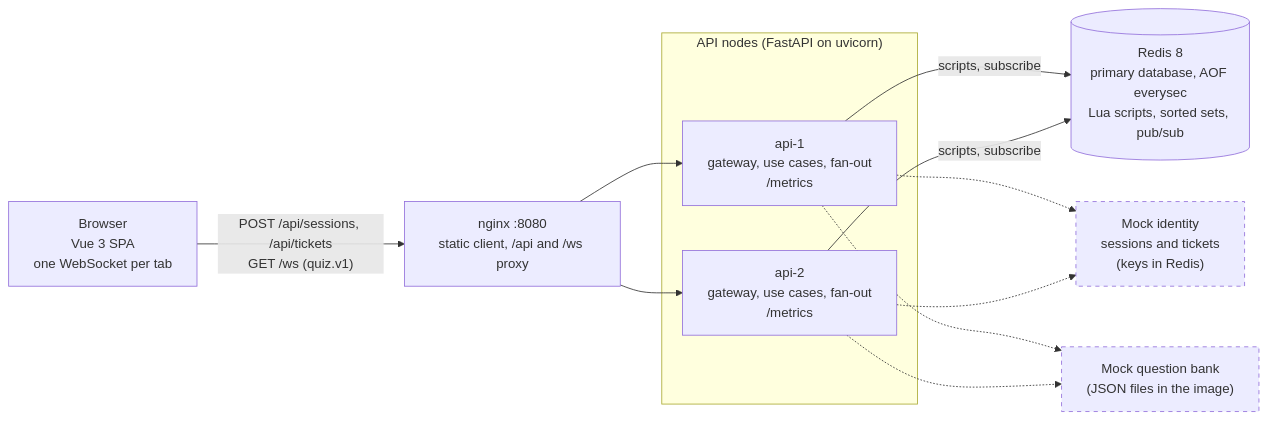
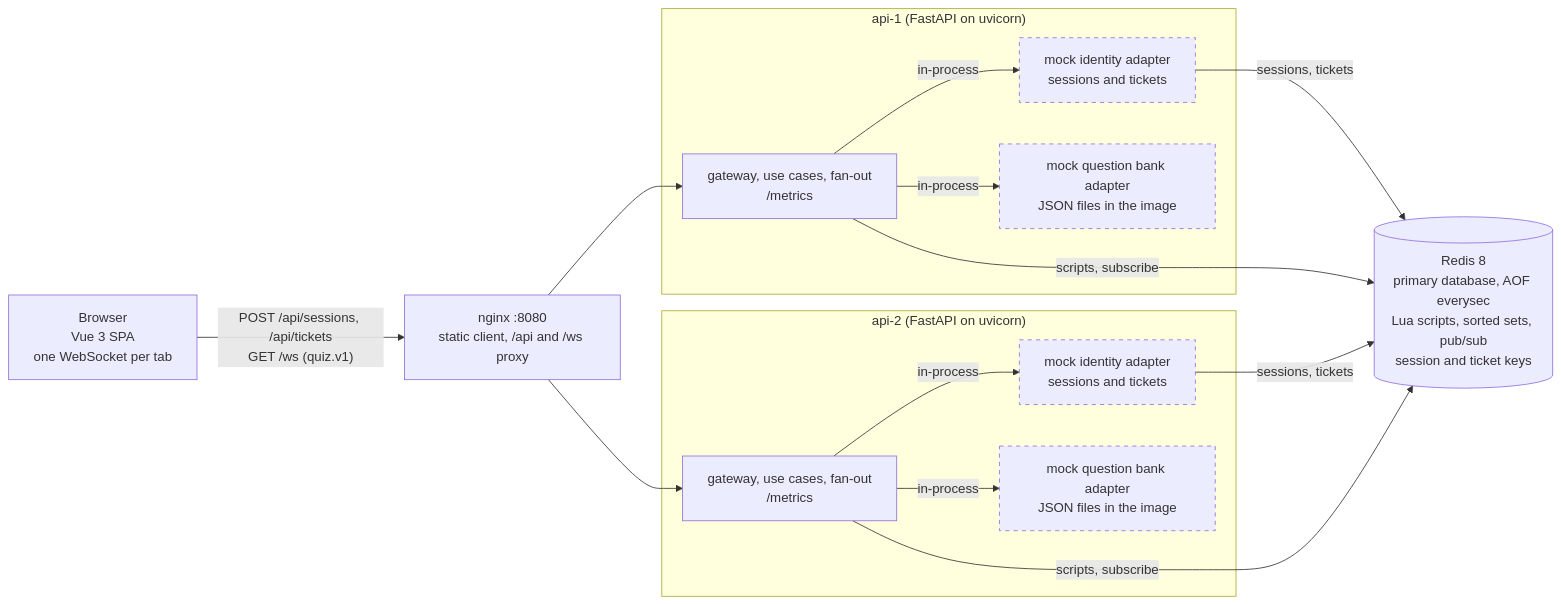
The second of 2 diagrams in DESIGN.md (kobars/realtime-vocab-quiz), drawn with Mermaid before and after one commit. The commit also changed other lines of this file, not shown here.

First line of the commit message:
Correct the DESIGN architecture and component facts

````diff
--- a/DESIGN.md
+++ b/DESIGN.md
@@ -97,23 +98,29 @@
 ```mermaid
 flowchart LR
     browser["Browser<br/>Vue 3 SPA<br/>one WebSocket per tab"]
     nginx["nginx :8080<br/>static client, /api and /ws proxy"]
-    subgraph nodes["API nodes (FastAPI on uvicorn)"]
-        api1["api-1<br/>gateway, use cases, fan-out<br/>/metrics"]
-        api2["api-2<br/>gateway, use cases, fan-out<br/>/metrics"]
+    subgraph api1["api-1 (FastAPI on uvicorn)"]
+        core1["gateway, use cases, fan-out<br/>/metrics"]
+        ids1["mock identity adapter<br/>sessions and tickets"]
+        bank1["mock question bank adapter<br/>JSON files in the image"]
     end
-    redis[("Redis 8<br/>primary database, AOF everysec<br/>Lua scripts, sorted sets, pub/sub")]
-    ids["Mock identity<br/>sessions and tickets<br/>(keys in Redis)"]
-    bank["Mock question bank<br/>(JSON files in the image)"]
+    subgraph api2["api-2 (FastAPI on uvicorn)"]
+        core2["gateway, use cases, fan-out<br/>/metrics"]
+        ids2["mock identity adapter<br/>sessions and tickets"]
+        bank2["mock question bank adapter<br/>JSON files in the image"]
+    end
+    redis[("Redis 8<br/>primary database, AOF everysec<br/>Lua scripts, sorted sets, pub/sub<br/>session and ticket keys")]
     browser -- "POST /api/sessions, /api/tickets<br/>GET /ws (quiz.v1)" --> nginx
-    nginx --> api1
-    nginx --> api2
-    api1 -- "scripts, subscribe" --> redis
-    api2 -- "scripts, subscribe" --> redis
-    api1 -.-> ids
-    api2 -.-> ids
-    api1 -.-> bank
-    api2 -.-> bank
+    nginx --> core1
+    nginx --> core2
+    core1 -- "in-process" --> ids1
+    core1 -- "in-process" --> bank1
+    core2 -- "in-process" --> ids2
+    core2 -- "in-process" --> bank2
+    core1 -- "scripts, subscribe" --> redis
+    core2 -- "scripts, subscribe" --> redis
+    ids1 -- "sessions, tickets" --> redis
+    ids2 -- "sessions, tickets" --> redis
     classDef mock stroke-dasharray: 5 5
-    class ids,bank mock
+    class ids1,bank1,ids2,bank2 mock
 ```
````
